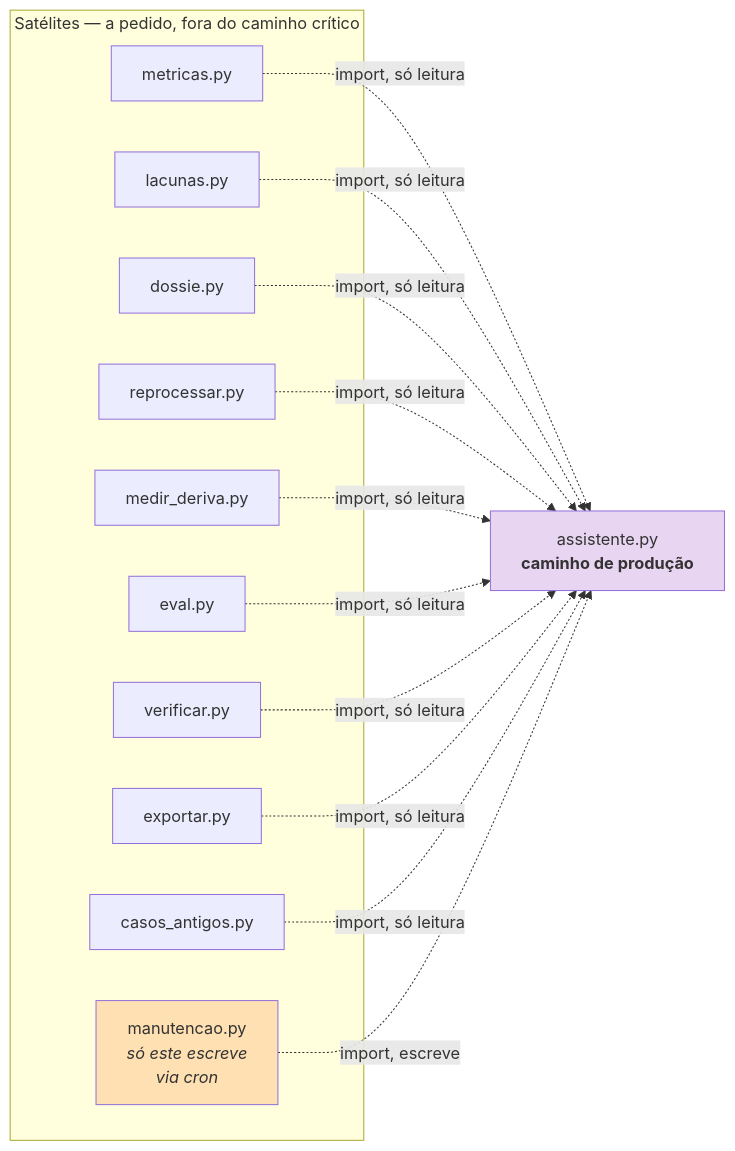
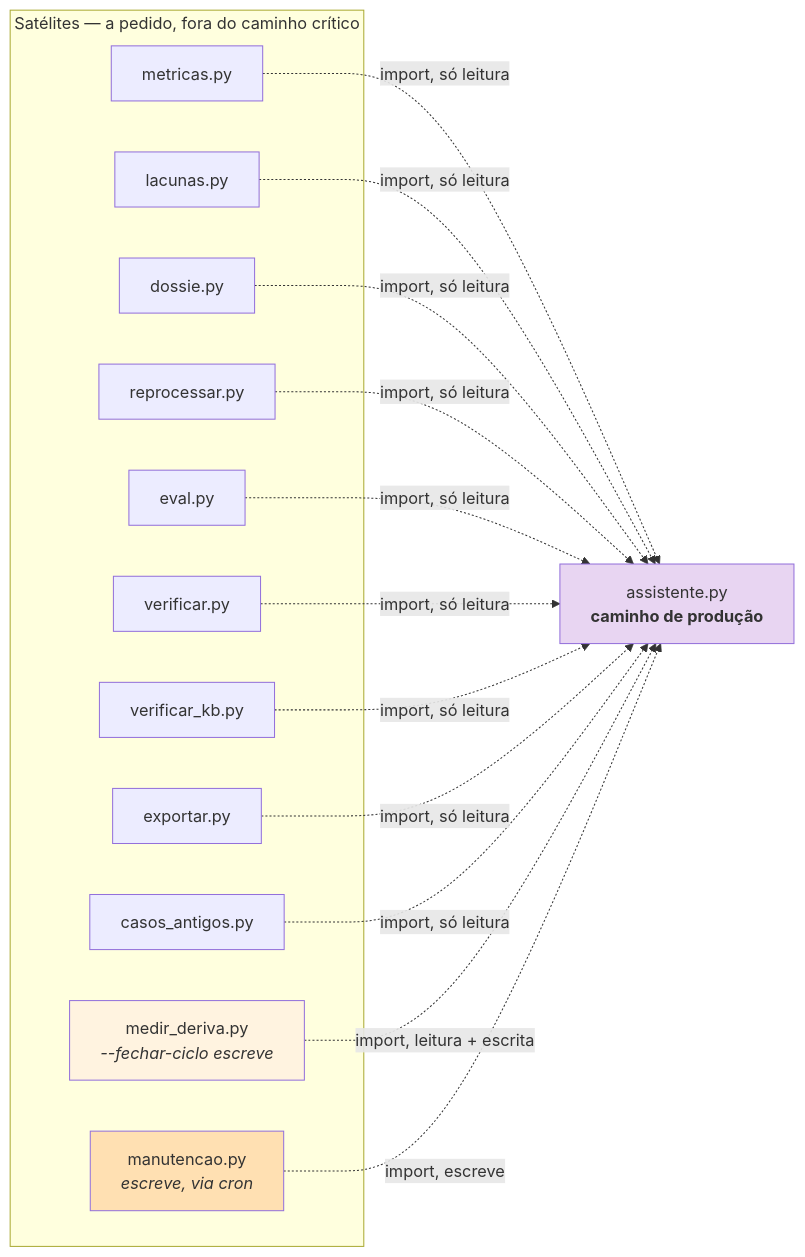
One commit to joaocarvalhini/Outlook-Reply-Assistant changed the third of 4 diagrams in docs/02-architecture/system-architecture.md. Above: the diagram before and after it, drawn with Mermaid. The commit also changed other lines of this file and 18 other files, not shown here.

````diff
--- a/docs/02-architecture/system-architecture.md
+++ b/docs/02-architecture/system-architecture.md
@@ -106,20 +106,23 @@
 ```mermaid
 graph LR
     A["assistente.py<br/><b>caminho de produção</b>"]
     subgraph SAT["Satélites — a pedido, fora do caminho crítico"]
         M["metricas.py"]
         L["lacunas.py"]
         D["dossie.py"]
         R["reprocessar.py"]
-        MD["medir_deriva.py"]
+        MD["medir_deriva.py<br/><i>--fechar-ciclo escreve</i>"]
         E["eval.py"]
         V["verificar.py"]
+        VK["verificar_kb.py"]
         X["exportar.py"]
         CA["casos_antigos.py"]
-        MN["manutencao.py<br/><i>só este escreve</i><br/><i>via cron</i>"]
+        MN["manutencao.py<br/><i>escreve, via cron</i>"]
     end
-    M & L & D & R & MD & E & V & X & CA -.->|import, só leitura| A
+    M & L & D & R & E & V & VK & X & CA -.->|import, só leitura| A
+    MD -.->|import, leitura + escrita| A
     MN -.->|import, escreve| A
     style A fill:#e8d5f2
     style MN fill:#ffe0b2
+    style MD fill:#fff3e0
 ```
````
